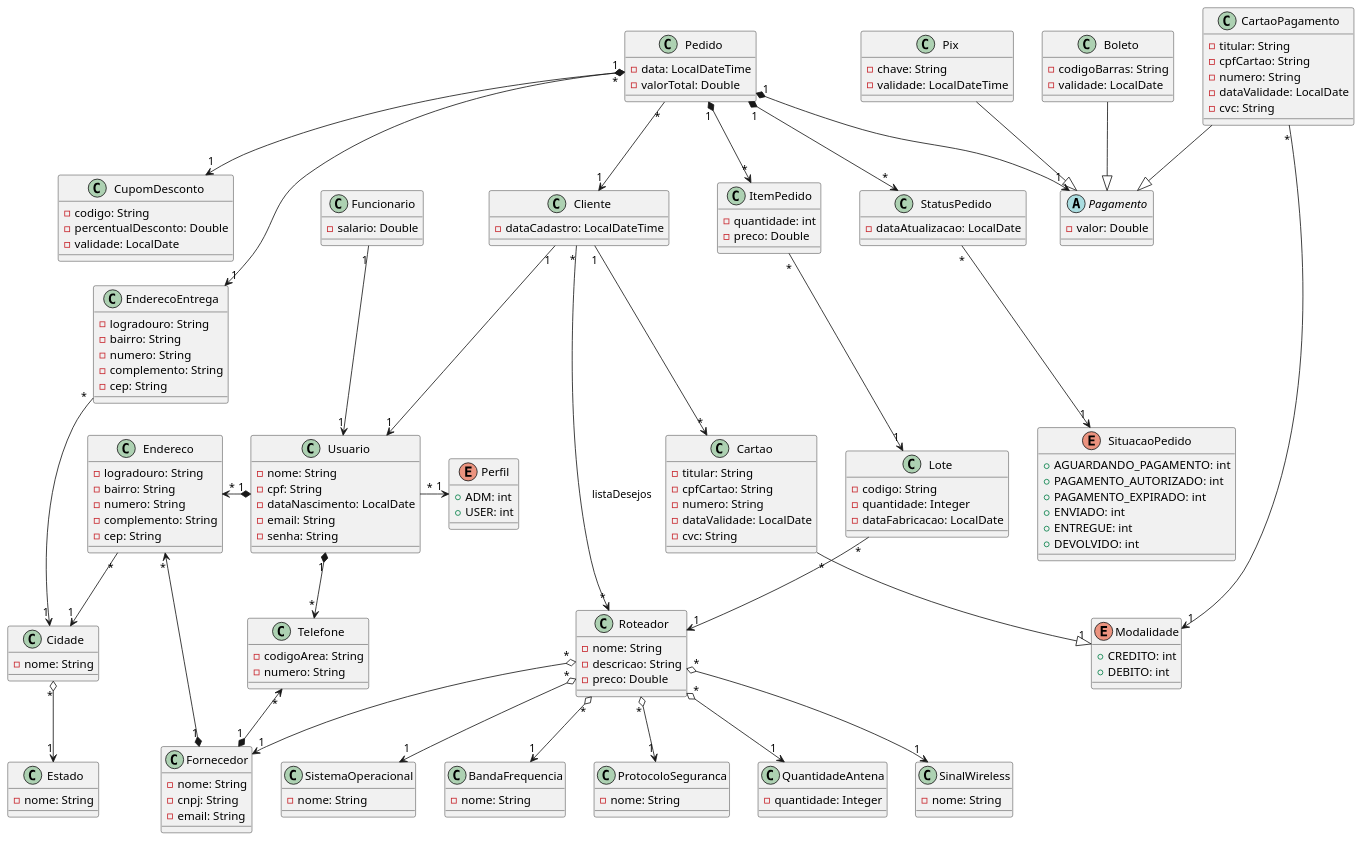
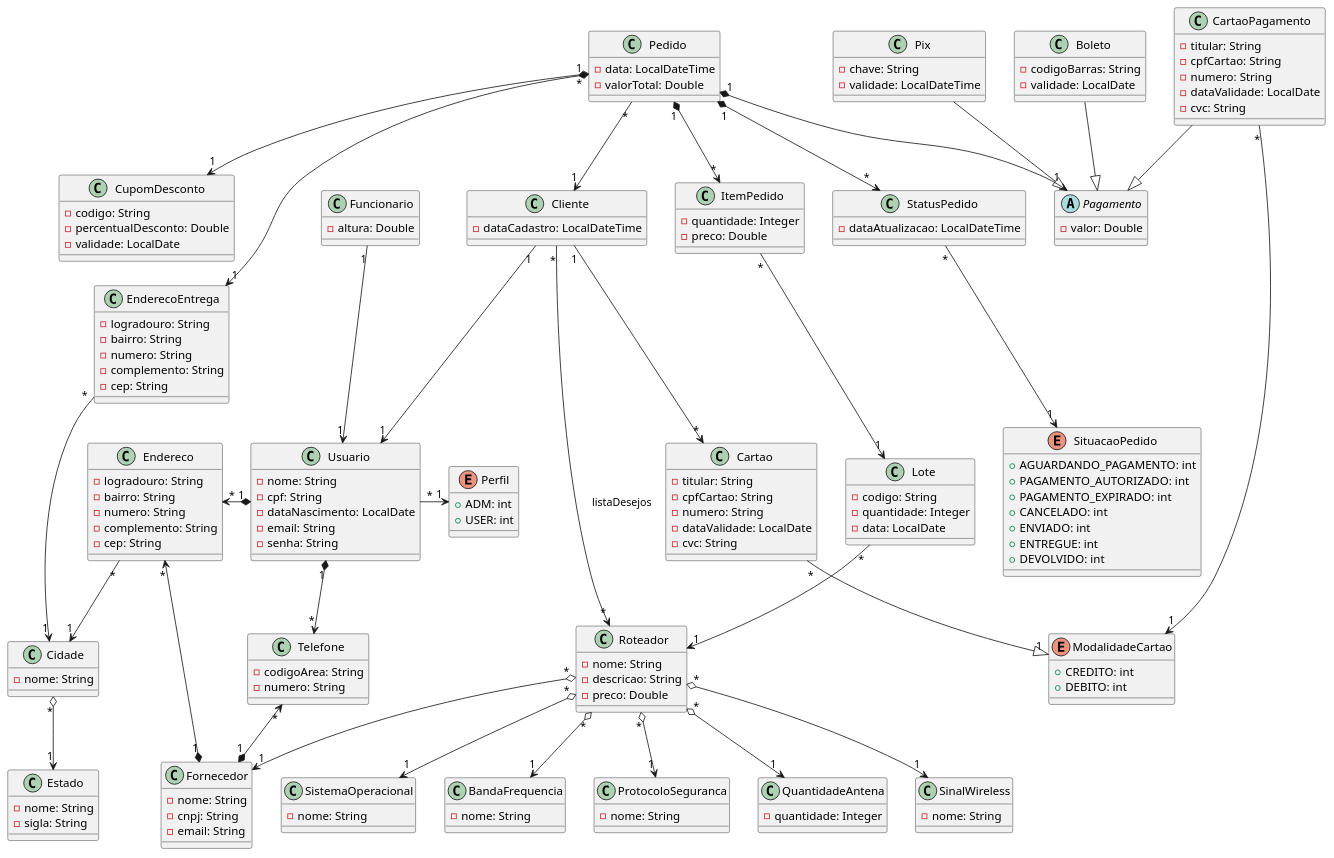
The diagram in src/main/resources/roteadores.plantuml (rodrigo-folha/roteadores-tp1-quarkus), drawn with PlantUML before and after one commit. The commit also changed 6 other files, not shown here.

Commit message:
corrigindo uml e organizando codigo

```diff
--- a/src/main/resources/roteadores.plantuml
+++ b/src/main/resources/roteadores.plantuml
@@ -9,7 +9,7 @@
 class Lote {
     - codigo: String
     - quantidade: Integer
-    - dataFabricacao: LocalDate
+    - data: LocalDate
 }
 
 class Roteador {
@@ -43,7 +43,7 @@
 }
 
 class Funcionario {
-    - salario: Double
+    - altura: Double
 }
 
 class Usuario {
@@ -70,18 +70,19 @@
 }
 
 class ItemPedido {
-    - quantidade: int
+    - quantidade: Integer
     - preco: Double
 }
 
 class StatusPedido {
-    - dataAtualizacao: LocalDate
+    - dataAtualizacao: LocalDateTime
 }
 
 enum SituacaoPedido {
     + AGUARDANDO_PAGAMENTO: int
     + PAGAMENTO_AUTORIZADO: int
     + PAGAMENTO_EXPIRADO: int
+    + CANCELADO: int
     + ENVIADO: int
     + ENTREGUE: int
     + DEVOLVIDO: int
@@ -101,6 +102,7 @@
 
 class Estado {
     - nome: String
+    - sigla: String
 }
 
 class EnderecoEntrega {
@@ -141,7 +143,7 @@
     - cvc: String
 }
 
-enum Modalidade {
+enum ModalidadeCartao {
     + CREDITO: int
     + DEBITO: int
 }
@@ -195,8 +197,8 @@
 Pix --|> Pagamento
 Boleto --|> Pagamento
 CartaoPagamento --|> Pagamento
-CartaoPagamento "*" --> "1" Modalidade
+CartaoPagamento "*" --> "1" ModalidadeCartao
 
-Cartao "*" -down-|> "1" Modalidade
+Cartao "*" -down-|> "1" ModalidadeCartao
 
 @enduml
```
